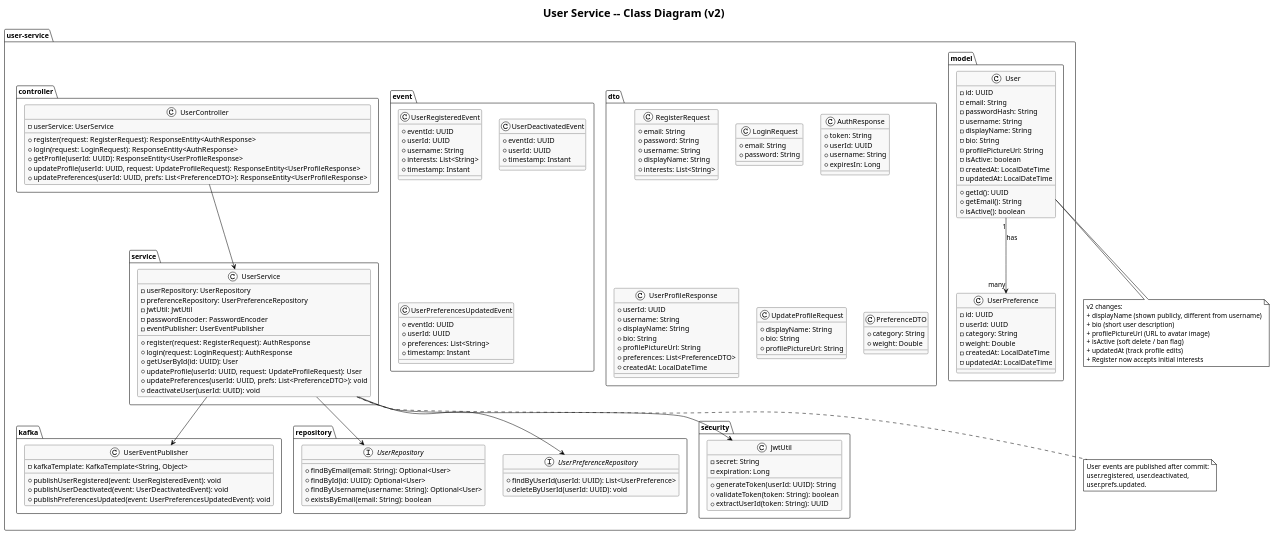
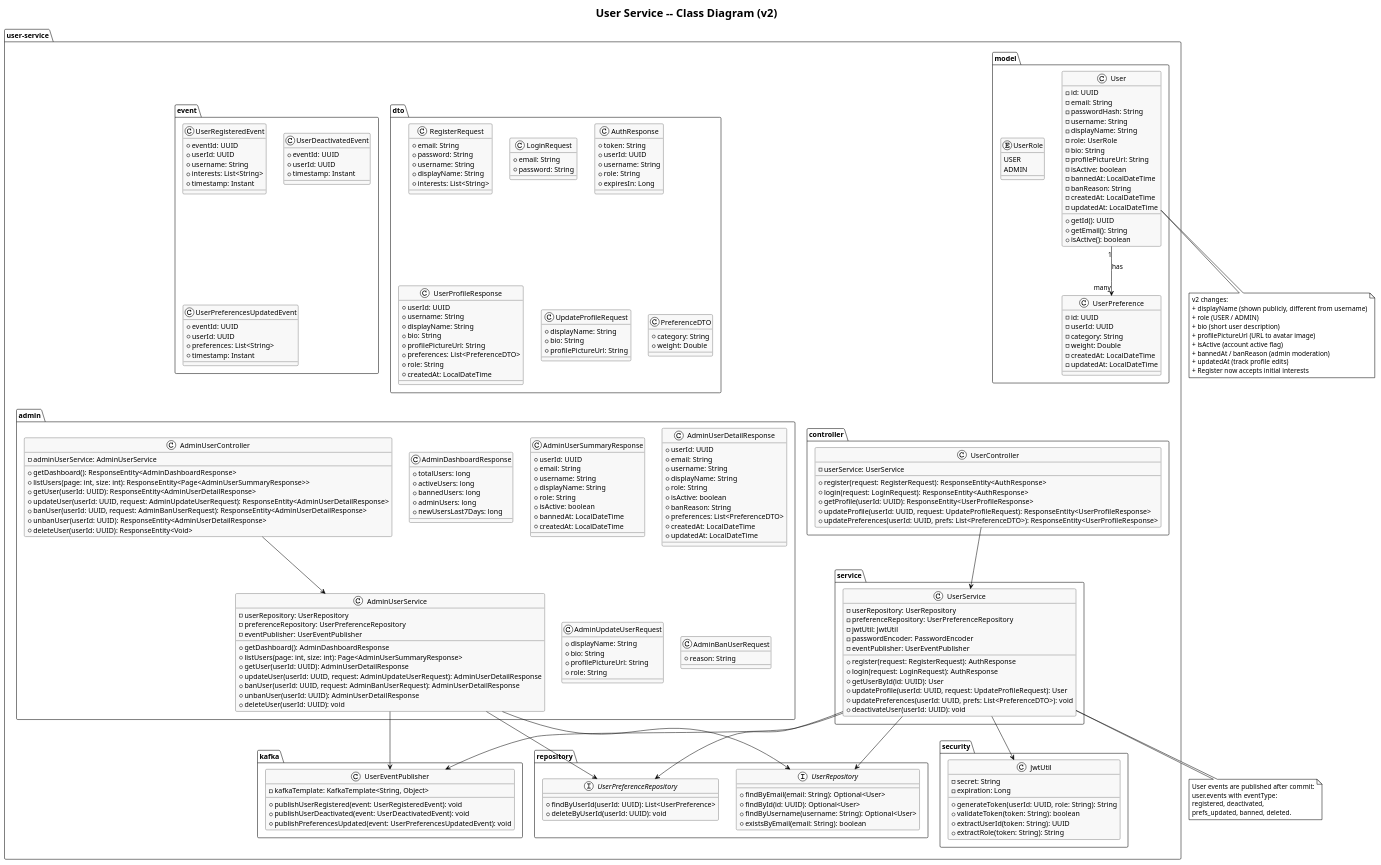
The diagram in uml/02_user_service_classes_v2.puml (AmnsAmr/recommendation_sys), drawn with PlantUML before and after one commit. The commit also changed 51 other files, not shown here.

Commit message:
added admin to uml diagrams and added admin endpoints to video-service and user-service

```diff
--- a/uml/02_user_service_classes_v2.puml
+++ b/uml/02_user_service_classes_v2.puml
@@ -25,14 +25,22 @@
       - passwordHash: String
       - username: String
       - displayName: String
+      - role: UserRole
       - bio: String
       - profilePictureUrl: String
       - isActive: boolean
+      - bannedAt: LocalDateTime
+      - banReason: String
       - createdAt: LocalDateTime
       - updatedAt: LocalDateTime
       + getId(): UUID
       + getEmail(): String
       + isActive(): boolean
+    }
+
+    enum UserRole {
+      USER
+      ADMIN
     }
 
     class UserPreference {
@@ -65,6 +73,7 @@
       + token: String
       + userId: UUID
       + username: String
+      + role: String
       + expiresIn: Long
     }
 
@@ -75,6 +84,7 @@
       + bio: String
       + profilePictureUrl: String
       + preferences: List<PreferenceDTO>
+      + role: String
       + createdAt: LocalDateTime
     }
 
@@ -124,6 +134,75 @@
     }
   }
 
+  package "admin" {
+    class AdminUserController {
+      - adminUserService: AdminUserService
+      + getDashboard(): ResponseEntity<AdminDashboardResponse>
+      + listUsers(page: int, size: int): ResponseEntity<Page<AdminUserSummaryResponse>>
+      + getUser(userId: UUID): ResponseEntity<AdminUserDetailResponse>
+      + updateUser(userId: UUID, request: AdminUpdateUserRequest): ResponseEntity<AdminUserDetailResponse>
+      + banUser(userId: UUID, request: AdminBanUserRequest): ResponseEntity<AdminUserDetailResponse>
+      + unbanUser(userId: UUID): ResponseEntity<AdminUserDetailResponse>
+      + deleteUser(userId: UUID): ResponseEntity<Void>
+    }
+
+    class AdminUserService {
+      - userRepository: UserRepository
+      - preferenceRepository: UserPreferenceRepository
+      - eventPublisher: UserEventPublisher
+      + getDashboard(): AdminDashboardResponse
+      + listUsers(page: int, size: int): Page<AdminUserSummaryResponse>
+      + getUser(userId: UUID): AdminUserDetailResponse
+      + updateUser(userId: UUID, request: AdminUpdateUserRequest): AdminUserDetailResponse
+      + banUser(userId: UUID, request: AdminBanUserRequest): AdminUserDetailResponse
+      + unbanUser(userId: UUID): AdminUserDetailResponse
+      + deleteUser(userId: UUID): void
+    }
+
+    class AdminDashboardResponse {
+      + totalUsers: long
+      + activeUsers: long
+      + bannedUsers: long
+      + adminUsers: long
+      + newUsersLast7Days: long
+    }
+
+    class AdminUserSummaryResponse {
+      + userId: UUID
+      + email: String
+      + username: String
+      + displayName: String
+      + role: String
+      + isActive: boolean
+      + bannedAt: LocalDateTime
+      + createdAt: LocalDateTime
+    }
+
+    class AdminUserDetailResponse {
+      + userId: UUID
+      + email: String
+      + username: String
+      + displayName: String
+      + role: String
+      + isActive: boolean
+      + banReason: String
+      + preferences: List<PreferenceDTO>
+      + createdAt: LocalDateTime
+      + updatedAt: LocalDateTime
+    }
+
+    class AdminUpdateUserRequest {
+      + displayName: String
+      + bio: String
+      + profilePictureUrl: String
+      + role: String
+    }
+
+    class AdminBanUserRequest {
+      + reason: String
+    }
+  }
+
   package "service" {
     class UserService {
       - userRepository: UserRepository
@@ -158,13 +237,18 @@
     class JwtUtil {
       - secret: String
       - expiration: Long
-      + generateToken(userId: UUID): String
+      + generateToken(userId: UUID, role: String): String
       + validateToken(token: String): boolean
       + extractUserId(token: String): UUID
+      + extractRole(token: String): String
     }
   }
 
   UserController --> UserService
+  AdminUserController --> AdminUserService
+  AdminUserService --> UserRepository
+  AdminUserService --> UserPreferenceRepository
+  AdminUserService --> UserEventPublisher
   UserService --> UserRepository
   UserService --> UserPreferenceRepository
   UserService --> JwtUtil
@@ -174,17 +258,20 @@
 note bottom of User
   v2 changes:
   + displayName (shown publicly, different from username)
+  + role (USER / ADMIN)
   + bio (short user description)
   + profilePictureUrl (URL to avatar image)
-  + isActive (soft delete / ban flag)
+  + isActive (account active flag)
+  + bannedAt / banReason (admin moderation)
   + updatedAt (track profile edits)
   + Register now accepts initial interests
 end note
 
 note bottom of UserService
   User events are published after commit:
-  user.registered, user.deactivated,
-  user.prefs.updated.
+  user.events with eventType:
+  registered, deactivated,
+  prefs_updated, banned, deleted.
 end note
 
 @enduml
```
